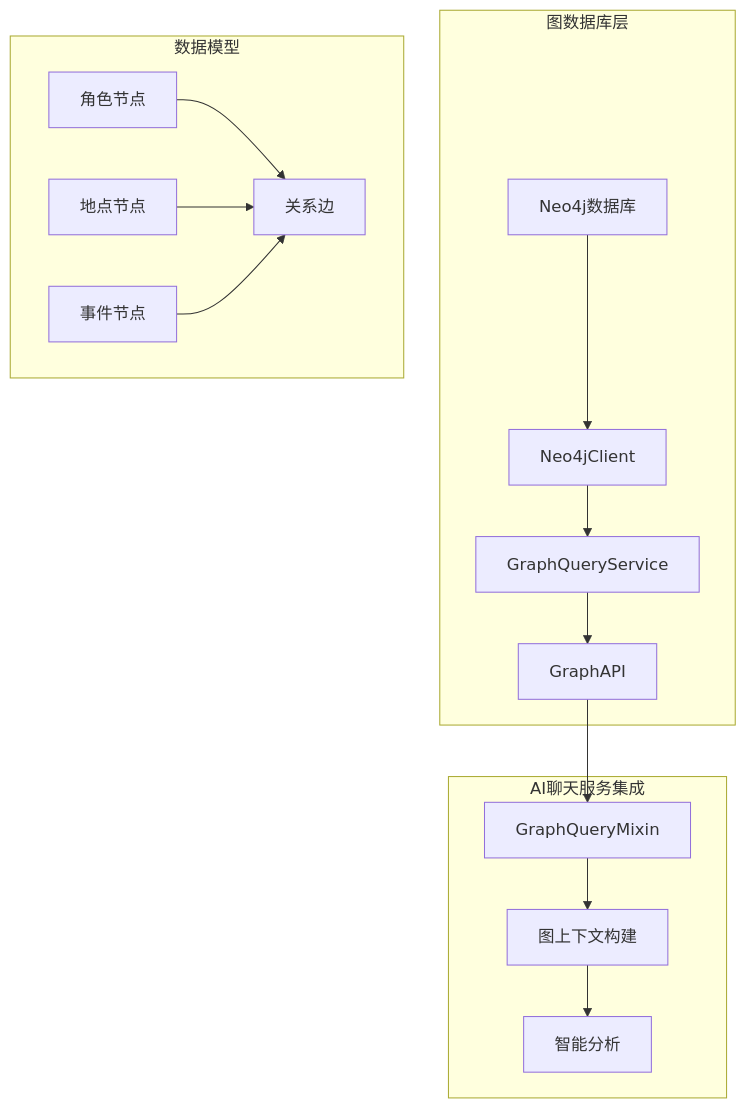
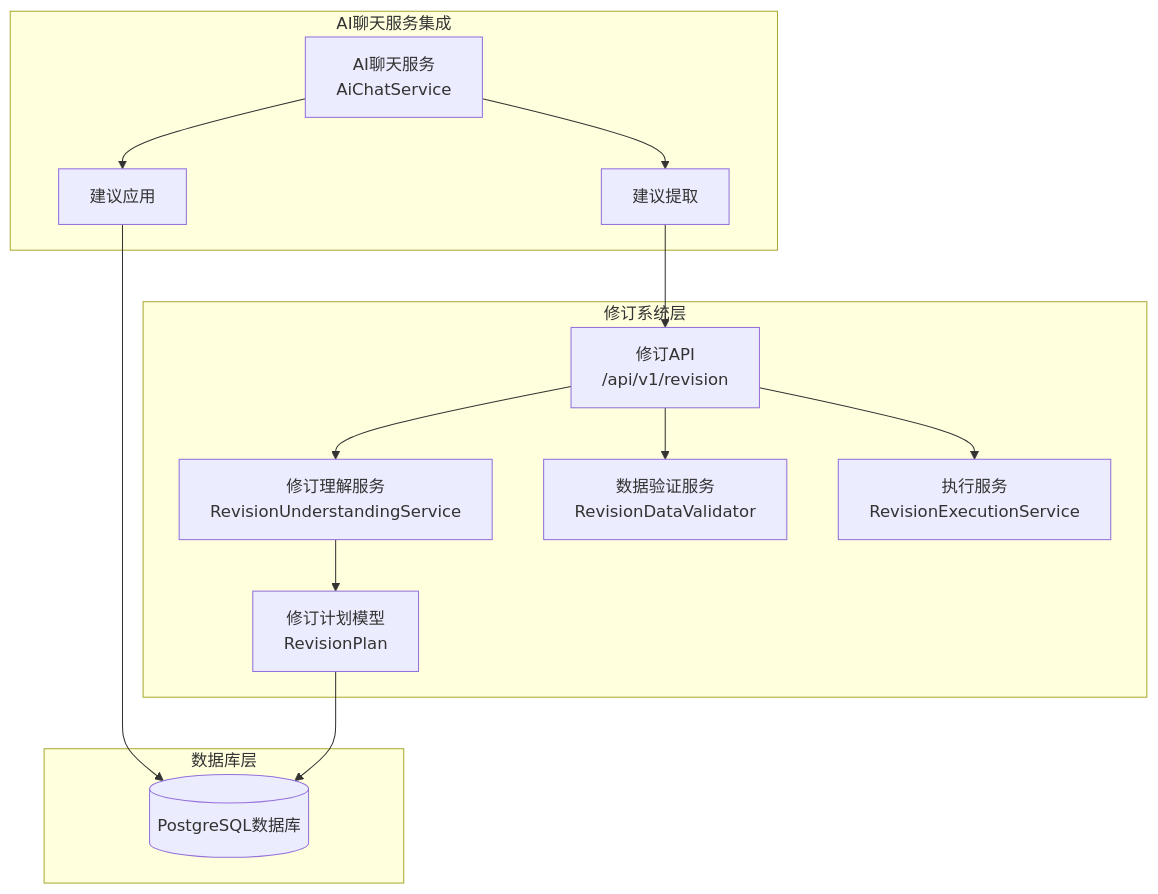
Diagram 19 of 30 in .qoder/repowiki/zh/content/Ai Chat Service.md (xfbyxq/ai-novel-system), drawn with Mermaid before and after one commit. The commit also changed other lines of this file and 8 other files, not shown here.

````diff
--- a/.qoder/repowiki/zh/content/Ai Chat Service.md
+++ b/.qoder/repowiki/zh/content/Ai Chat Service.md
@@ -667,29 +753,27 @@
 ```mermaid
 graph TB
-subgraph "图数据库层"
-Neo4j[Neo4j数据库]
-Client[Neo4jClient]
-Service[GraphQueryService]
-API[GraphAPI]
+subgraph "修订系统层"
+RevisionAPI[修订API<br/>/api/v1/revision]
+Understanding[修订理解服务<br/>RevisionUnderstandingService]
+Validator[数据验证服务<br/>RevisionDataValidator]
+Executor[执行服务<br/>RevisionExecutionService]
+Plan[修订计划模型<br/>RevisionPlan]
 end
 subgraph "AI聊天服务集成"
-Mixin[GraphQueryMixin]
-Context[图上下文构建]
-Analysis[智能分析]
+AiChat[AI聊天服务<br/>AiChatService]
+SuggestionExtraction[建议提取]
+SuggestionApplication[建议应用]
 end
-subgraph "数据模型"
-Character[角色节点]
-Location[地点节点]
-Event[事件节点]
-Relationship[关系边]
+subgraph "数据库层"
+DB[(PostgreSQL数据库)]
 end
-Neo4j --> Client
-Client --> Service
-Service --> API
-API --> Mixin
-Mixin --> Context
-Context --> Analysis
-Character --> Relationship
-Location --> Relationship
-Event --> Relationship
+RevisionAPI --> Understanding
+RevisionAPI --> Validator
+RevisionAPI --> Executor
+Understanding --> Plan
+AiChat --> SuggestionExtraction
+AiChat --> SuggestionApplication
+SuggestionExtraction --> RevisionAPI
+SuggestionApplication --> DB
+Plan --> DB
 ```
````
